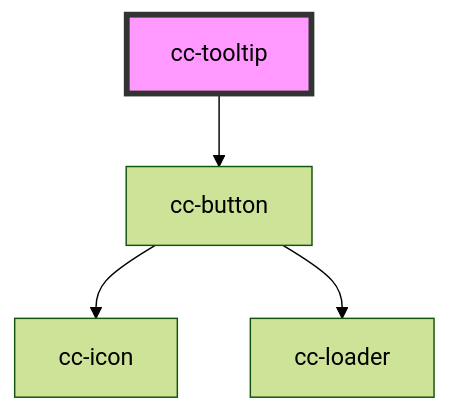
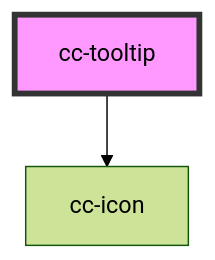
One commit to lacafetalab/cafeta-components changed the diagram in packages/core/src/components/cc-tooltip/readme.md. Above: the diagram before and after it, drawn with Mermaid (forest theme). The commit also changed other lines of this file and 5 other files, not shown here.

````diff
--- a/packages/core/src/components/cc-tooltip/readme.md
+++ b/packages/core/src/components/cc-tooltip/readme.md
@@ -27,7 +30,5 @@
 ```mermaid
 graph TD;
-  cc-tooltip --> cc-button
-  cc-button --> cc-icon
-  cc-button --> cc-loader
+  cc-tooltip --> cc-icon
   style cc-tooltip fill:#f9f,stroke:#333,stroke-width:4px
 ```
````
